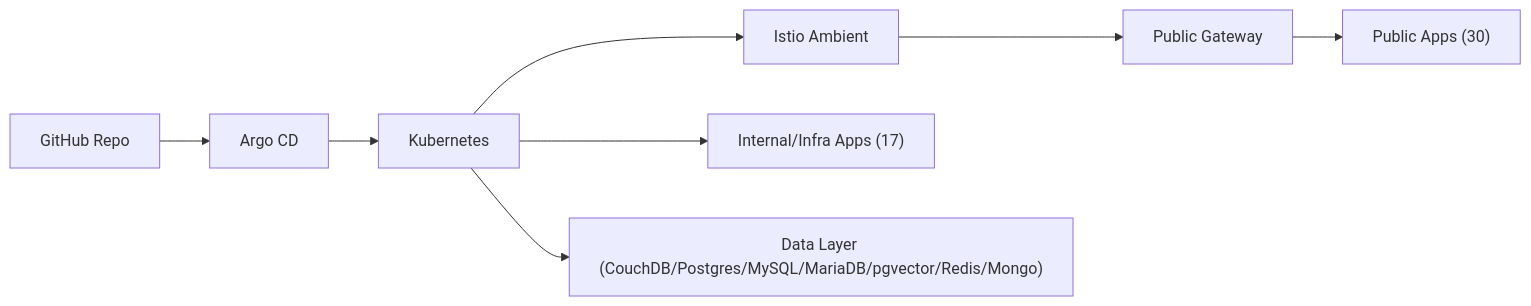
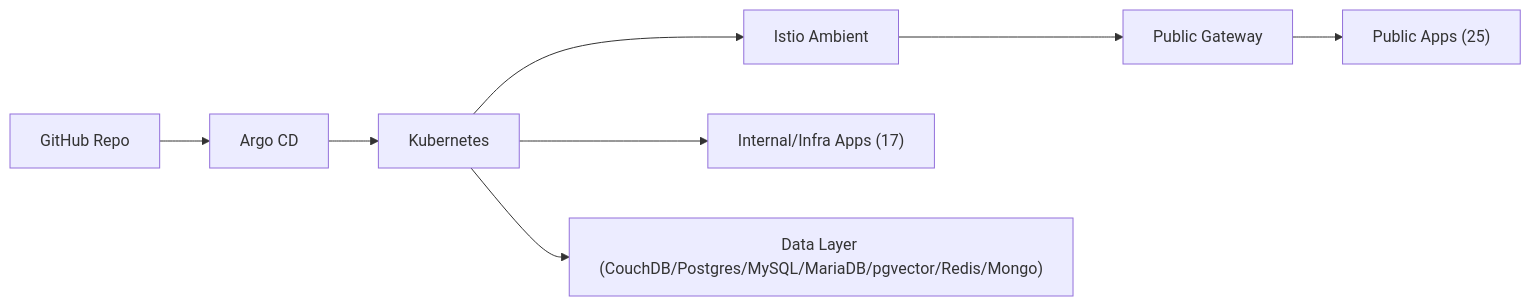
The diagram in README.md (noeulnight/homelab), drawn with Mermaid before and after one commit. The commit also changed other lines of this file and 30 other files, not shown here.

````diff
--- a/README.md
+++ b/README.md
@@ -15,10 +15,10 @@
 ```mermaid
 flowchart LR
   GitHub["GitHub Repo"] --> Argo["Argo CD"]
   Argo --> K8s["Kubernetes"]
   K8s --> Istio["Istio Ambient"]
   Istio --> Gateway["Public Gateway"]
-  Gateway --> PublicApps["Public Apps (30)"]
+  Gateway --> PublicApps["Public Apps (25)"]
   K8s --> InternalApps["Internal/Infra Apps (17)"]
   K8s --> Data["Data Layer (CouchDB/Postgres/MySQL/MariaDB/pgvector/Redis/Mongo)"]
 ```
````
